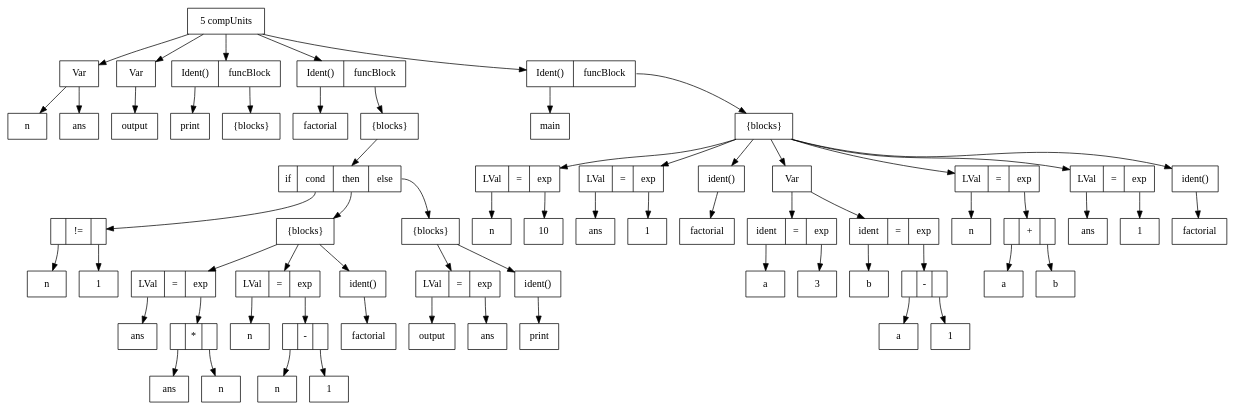
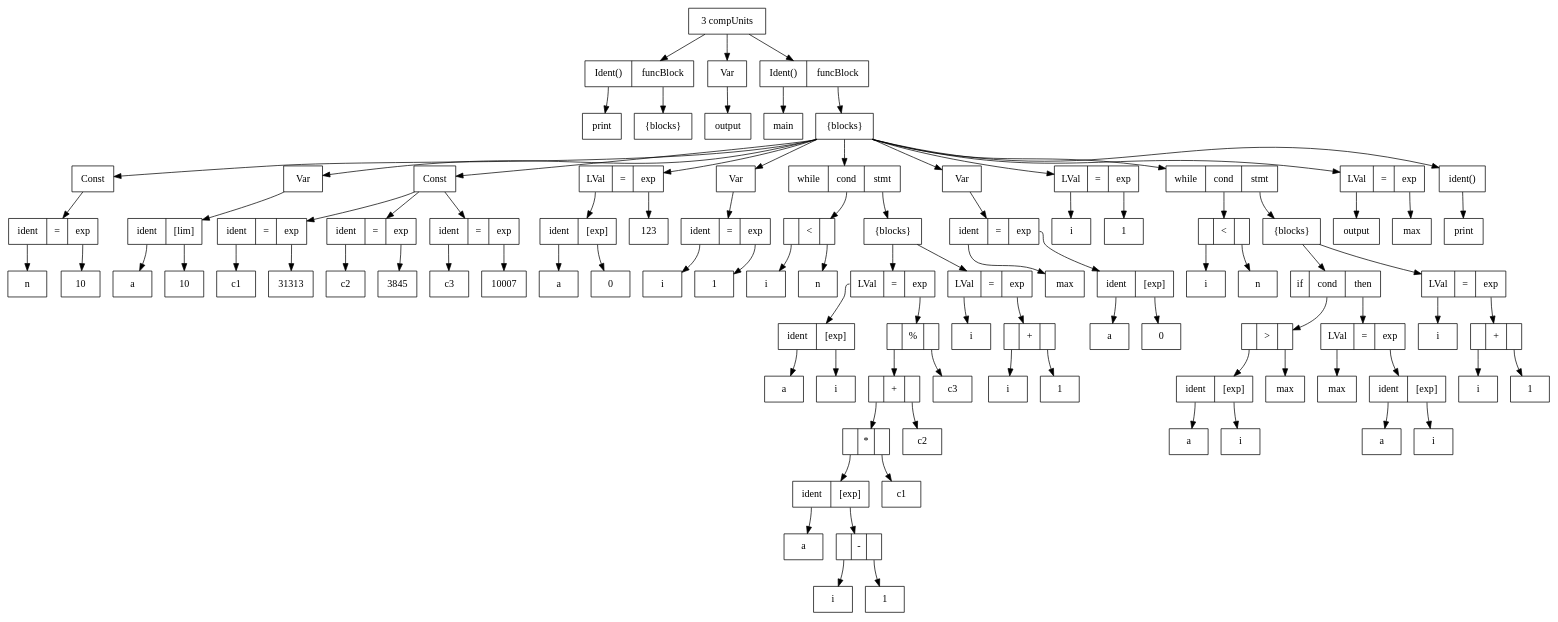
One commit to srzmldl/c1_compiler changed the diagram in P7/c1.dot. Above: the diagram before and after it, drawn with Graphviz. The commit also changed 15 other files, not shown here.

```diff
--- a/P7/c1.dot
+++ b/P7/c1.dot
@@ -1,132 +1,194 @@
 digraph {
     node [shape = record];
-    0 [label = "<0> 5 compUnits"];
-    1 [label = "<0> Var"];
-    2 [label = "<0> n"];
+    0 [label = "<0> 3 compUnits"];
+    1 [label = "<0> Ident\(\)|<1> funcBlock"];
+    2 [label = "<0> print"];
+    3 [label = "<0> \{blocks\}"];
     1:0 -> 2;
-    3 [label = "<0> ans"];
-    1:0 -> 3;
+    1:1 -> 3;
     0:0 -> 1;
     4 [label = "<0> Var"];
     5 [label = "<0> output"];
     4:0 -> 5;
     0:0 -> 4;
     6 [label = "<0> Ident\(\)|<1> funcBlock"];
-    7 [label = "<0> print"];
+    7 [label = "<0> main"];
     8 [label = "<0> \{blocks\}"];
+    9 [label = "<0> Const"];
+    10 [label = "<0> ident|<1> =|<2> exp"];
+    11 [label = "<0> n"];
+    12 [label = "<0> 10"];
+    10:0 -> 11;
+    10:2 -> 12;
+    9:0 -> 10;
+    8:0 -> 9;
+    13 [label = "<0> Var"];
+    14 [label = "<0> ident|<1> \[lim\]"];
+    15 [label = "<0> a"];
+    16 [label = "<0> 10"];
+    14:0 -> 15;
+    14:1 -> 16;
+    13:0 -> 14;
+    8:0 -> 13;
+    17 [label = "<0> Const"];
+    18 [label = "<0> ident|<1> =|<2> exp"];
+    19 [label = "<0> c1"];
+    20 [label = "<0> 31313"];
+    18:0 -> 19;
+    18:2 -> 20;
+    17:0 -> 18;
+    21 [label = "<0> ident|<1> =|<2> exp"];
+    22 [label = "<0> c2"];
+    23 [label = "<0> 3845"];
+    21:0 -> 22;
+    21:2 -> 23;
+    17:0 -> 21;
+    24 [label = "<0> ident|<1> =|<2> exp"];
+    25 [label = "<0> c3"];
+    26 [label = "<0> 10007"];
+    24:0 -> 25;
+    24:2 -> 26;
+    17:0 -> 24;
+    8:0 -> 17;
+    27 [label = "<0> LVal|<1> =|<2> exp"];
+    28 [label = "<0> ident|<1> \[exp\]"];
+    29 [label = "<0> a"];
+    30 [label = "<0> 0"];
+    28:0 -> 29;
+    28:1 -> 30;
+    31 [label = "<0> 123"];
+    27:0 -> 28;
+    27:2 -> 31;
+    8:0 -> 27;
+    32 [label = "<0> Var"];
+    33 [label = "<0> ident|<1> =|<2> exp"];
+    34 [label = "<0> i"];
+    35 [label = "<0> 1"];
+    33:0 -> 34;
+    33:2 -> 35;
+    32:0 -> 33;
+    8:0 -> 32;
+    36 [label = "<0> while|<1> cond|<2> stmt"];
+    37 [label = "<0>  |<1> \<|<2>  "];
+    38 [label = "<0> i"];
+    39 [label = "<0> n"];
+    37:0 -> 38;
+    37:2 -> 39;
+    40 [label = "<0> \{blocks\}"];
+    41 [label = "<0> LVal|<1> =|<2> exp"];
+    42 [label = "<0> ident|<1> \[exp\]"];
+    43 [label = "<0> a"];
+    44 [label = "<0> i"];
+    42:0 -> 43;
+    42:1 -> 44;
+    45 [label = "<0>  |<1> %|<2>  "];
+    46 [label = "<0>  |<1> +|<2>  "];
+    47 [label = "<0>  |<1> *|<2>  "];
+    48 [label = "<0> ident|<1> \[exp\]"];
+    49 [label = "<0> a"];
+    50 [label = "<0>  |<1> -|<2>  "];
+    51 [label = "<0> i"];
+    52 [label = "<0> 1"];
+    50:0 -> 51;
+    50:2 -> 52;
+    48:0 -> 49;
+    48:1 -> 50;
+    53 [label = "<0> c1"];
+    47:0 -> 48;
+    47:2 -> 53;
+    54 [label = "<0> c2"];
+    46:0 -> 47;
+    46:2 -> 54;
+    55 [label = "<0> c3"];
+    45:0 -> 46;
+    45:2 -> 55;
+    41:0 -> 42;
+    41:2 -> 45;
+    40:0 -> 41;
+    56 [label = "<0> LVal|<1> =|<2> exp"];
+    57 [label = "<0> i"];
+    58 [label = "<0>  |<1> +|<2>  "];
+    59 [label = "<0> i"];
+    60 [label = "<0> 1"];
+    58:0 -> 59;
+    58:2 -> 60;
+    56:0 -> 57;
+    56:2 -> 58;
+    40:0 -> 56;
+    36:1 -> 37;
+    36:2 -> 40;
+    8:0 -> 36;
+    61 [label = "<0> Var"];
+    62 [label = "<0> ident|<1> =|<2> exp"];
+    63 [label = "<0> max"];
+    64 [label = "<0> ident|<1> \[exp\]"];
+    65 [label = "<0> a"];
+    66 [label = "<0> 0"];
+    64:0 -> 65;
+    64:1 -> 66;
+    62:0 -> 63;
+    62:2 -> 64;
+    61:0 -> 62;
+    8:0 -> 61;
+    67 [label = "<0> LVal|<1> =|<2> exp"];
+    68 [label = "<0> i"];
+    69 [label = "<0> 1"];
+    67:0 -> 68;
+    67:2 -> 69;
+    8:0 -> 67;
+    70 [label = "<0> while|<1> cond|<2> stmt"];
+    71 [label = "<0>  |<1> \<|<2>  "];
+    72 [label = "<0> i"];
+    73 [label = "<0> n"];
+    71:0 -> 72;
+    71:2 -> 73;
+    74 [label = "<0> \{blocks\}"];
+    75 [label = "<0> if|<1> cond|<2> then"];
+    76 [label = "<0>  |<1> \>|<2>  "];
+    77 [label = "<0> ident|<1> \[exp\]"];
+    78 [label = "<0> a"];
+    79 [label = "<0> i"];
+    77:0 -> 78;
+    77:1 -> 79;
+    80 [label = "<0> max"];
+    76:0 -> 77;
+    76:2 -> 80;
+    81 [label = "<0> LVal|<1> =|<2> exp"];
+    82 [label = "<0> max"];
+    83 [label = "<0> ident|<1> \[exp\]"];
+    84 [label = "<0> a"];
+    85 [label = "<0> i"];
+    83:0 -> 84;
+    83:1 -> 85;
+    81:0 -> 82;
+    81:2 -> 83;
+    75:1 -> 76;
+    75:2 -> 81;
+    74:0 -> 75;
+    86 [label = "<0> LVal|<1> =|<2> exp"];
+    87 [label = "<0> i"];
+    88 [label = "<0>  |<1> +|<2>  "];
+    89 [label = "<0> i"];
+    90 [label = "<0> 1"];
+    88:0 -> 89;
+    88:2 -> 90;
+    86:0 -> 87;
+    86:2 -> 88;
+    74:0 -> 86;
+    70:1 -> 71;
+    70:2 -> 74;
+    8:0 -> 70;
+    91 [label = "<0> LVal|<1> =|<2> exp"];
+    92 [label = "<0> output"];
+    93 [label = "<0> max"];
+    91:0 -> 92;
+    91:2 -> 93;
+    8:0 -> 91;
+    94 [label = "<0> ident\(\)"];
+    95 [label = "<0> print"];
+    94:0 -> 95;
+    8:0 -> 94;
     6:0 -> 7;
     6:1 -> 8;
     0:0 -> 6;
-    9 [label = "<0> Ident\(\)|<1> funcBlock"];
-    10 [label = "<0> factorial"];
-    11 [label = "<0> \{blocks\}"];
-    12 [label = "<0> if|<1> cond|<2> then|<3> else"];
-    13 [label = "<0>  |<1> !=|<2>  "];
-    14 [label = "<0> n"];
-    15 [label = "<0> 1"];
-    13:0 -> 14;
-    13:2 -> 15;
-    16 [label = "<0> \{blocks\}"];
-    17 [label = "<0> LVal|<1> =|<2> exp"];
-    18 [label = "<0> ans"];
-    19 [label = "<0>  |<1> *|<2>  "];
-    20 [label = "<0> ans"];
-    21 [label = "<0> n"];
-    19:0 -> 20;
-    19:2 -> 21;
-    17:0 -> 18;
-    17:2 -> 19;
-    16:0 -> 17;
-    22 [label = "<0> LVal|<1> =|<2> exp"];
-    23 [label = "<0> n"];
-    24 [label = "<0>  |<1> -|<2>  "];
-    25 [label = "<0> n"];
-    26 [label = "<0> 1"];
-    24:0 -> 25;
-    24:2 -> 26;
-    22:0 -> 23;
-    22:2 -> 24;
-    16:0 -> 22;
-    27 [label = "<0> ident\(\)"];
-    28 [label = "<0> factorial"];
-    27:0 -> 28;
-    16:0 -> 27;
-    29 [label = "<0> \{blocks\}"];
-    30 [label = "<0> LVal|<1> =|<2> exp"];
-    31 [label = "<0> output"];
-    32 [label = "<0> ans"];
-    30:0 -> 31;
-    30:2 -> 32;
-    29:0 -> 30;
-    33 [label = "<0> ident\(\)"];
-    34 [label = "<0> print"];
-    33:0 -> 34;
-    29:0 -> 33;
-    12:1 -> 13;
-    12:2 -> 16;
-    12:3 -> 29;
-    11:0 -> 12;
-    9:0 -> 10;
-    9:1 -> 11;
-    0:0 -> 9;
-    35 [label = "<0> Ident\(\)|<1> funcBlock"];
-    36 [label = "<0> main"];
-    37 [label = "<0> \{blocks\}"];
-    38 [label = "<0> LVal|<1> =|<2> exp"];
-    39 [label = "<0> n"];
-    40 [label = "<0> 10"];
-    38:0 -> 39;
-    38:2 -> 40;
-    37:0 -> 38;
-    41 [label = "<0> LVal|<1> =|<2> exp"];
-    42 [label = "<0> ans"];
-    43 [label = "<0> 1"];
-    41:0 -> 42;
-    41:2 -> 43;
-    37:0 -> 41;
-    44 [label = "<0> ident\(\)"];
-    45 [label = "<0> factorial"];
-    44:0 -> 45;
-    37:0 -> 44;
-    46 [label = "<0> Var"];
-    47 [label = "<0> ident|<1> =|<2> exp"];
-    48 [label = "<0> a"];
-    49 [label = "<0> 3"];
-    47:0 -> 48;
-    47:2 -> 49;
-    46:0 -> 47;
-    50 [label = "<0> ident|<1> =|<2> exp"];
-    51 [label = "<0> b"];
-    52 [label = "<0>  |<1> -|<2>  "];
-    53 [label = "<0> a"];
-    54 [label = "<0> 1"];
-    52:0 -> 53;
-    52:2 -> 54;
-    50:0 -> 51;
-    50:2 -> 52;
-    46:0 -> 50;
-    37:0 -> 46;
-    55 [label = "<0> LVal|<1> =|<2> exp"];
-    56 [label = "<0> n"];
-    57 [label = "<0>  |<1> +|<2>  "];
-    58 [label = "<0> a"];
-    59 [label = "<0> b"];
-    57:0 -> 58;
-    57:2 -> 59;
-    55:0 -> 56;
-    55:2 -> 57;
-    37:0 -> 55;
-    60 [label = "<0> LVal|<1> =|<2> exp"];
-    61 [label = "<0> ans"];
-    62 [label = "<0> 1"];
-    60:0 -> 61;
-    60:2 -> 62;
-    37:0 -> 60;
-    63 [label = "<0> ident\(\)"];
-    64 [label = "<0> factorial"];
-    63:0 -> 64;
-    37:0 -> 63;
-    35:0 -> 36;
-    35:1 -> 37;
-    0:0 -> 35;
 }
```
